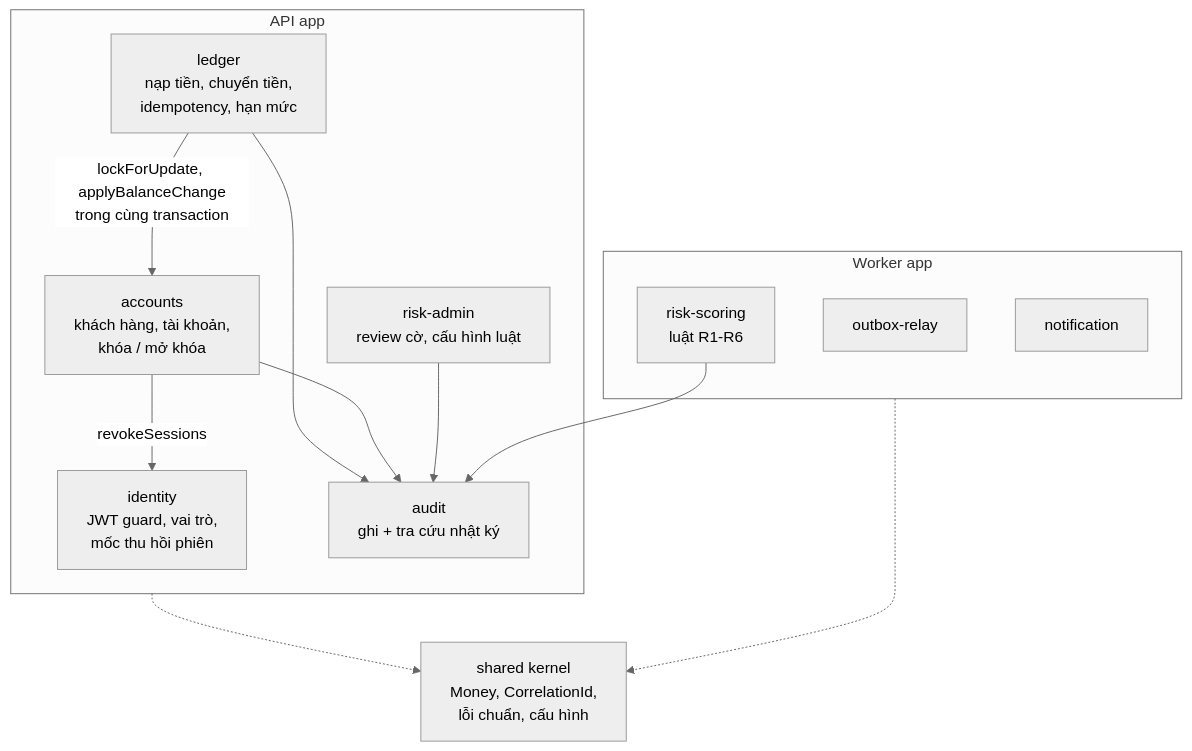
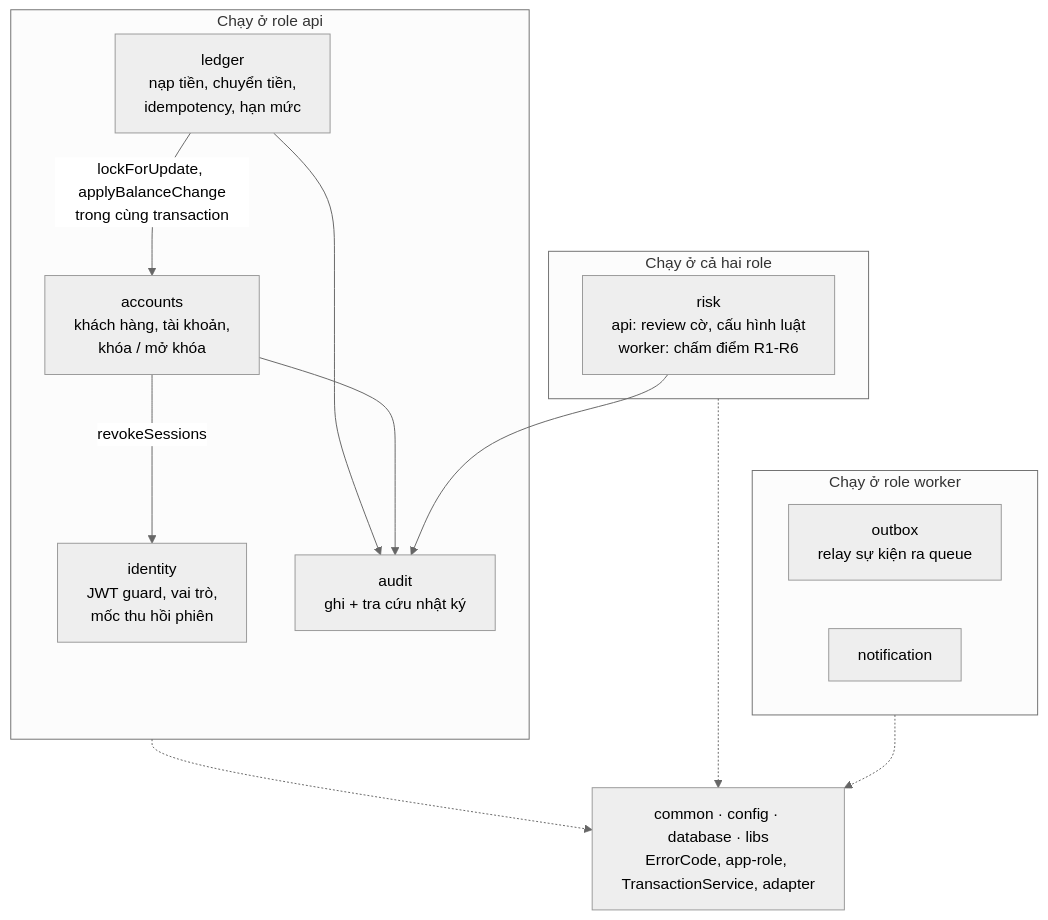
Before and after one commit to Lawliet119/digital-banking-simulator: the third of 10 diagrams in docs/03_HIGH_LEVEL_ARCHITECTURE.md, drawn with Mermaid (neutral theme). The commit also changed other lines of this file and 73 other files, not shown here.

First line of the commit message:
feat(backend): scaffold single NestJS app that runs as api | worker | both

````diff
--- a/docs/03_HIGH_LEVEL_ARCHITECTURE.md
+++ b/docs/03_HIGH_LEVEL_ARCHITECTURE.md
@@ -117,25 +127,26 @@
 ```mermaid
 flowchart TB
-    subgraph APIAPP[API app]
+    subgraph APIM[Chạy ở role api]
         IDM[identity<br/>JWT guard, vai trò,<br/>mốc thu hồi phiên]
         ACCM[accounts<br/>khách hàng, tài khoản,<br/>khóa / mở khóa]
         LEDM[ledger<br/>nạp tiền, chuyển tiền,<br/>idempotency, hạn mức]
-        RSKM[risk-admin<br/>review cờ, cấu hình luật]
         AUDM[audit<br/>ghi + tra cứu nhật ký]
     end
-    subgraph WRKAPP[Worker app]
-        RELM[outbox-relay]
-        RSKW[risk-scoring<br/>luật R1-R6]
+    subgraph SHM[Chạy ở cả hai role]
+        RSKM[risk<br/>api: review cờ, cấu hình luật<br/>worker: chấm điểm R1-R6]
+    end
+    subgraph WRKM[Chạy ở role worker]
+        OUTM[outbox<br/>relay sự kiện ra queue]
         NOTM[notification]
     end
-    SHARED[shared kernel<br/>Money, CorrelationId,<br/>lỗi chuẩn, cấu hình]
+    COMMON[common · config · database · libs<br/>ErrorCode, app-role, TransactionService, adapter]
 
     LEDM -->|lockForUpdate, applyBalanceChange<br/>trong cùng transaction| ACCM
     LEDM --> AUDM
     ACCM --> AUDM
     RSKM --> AUDM
     ACCM -->|revokeSessions| IDM
-    RSKW --> AUDM
-    APIAPP -.-> SHARED
-    WRKAPP -.-> SHARED
+    APIM -.-> COMMON
+    SHM -.-> COMMON
+    WRKM -.-> COMMON
 ```
````
